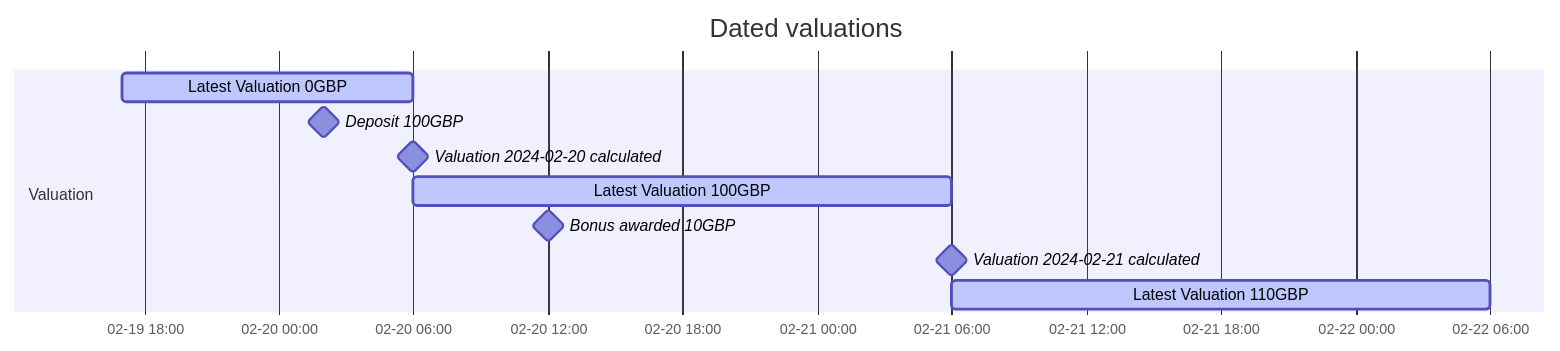
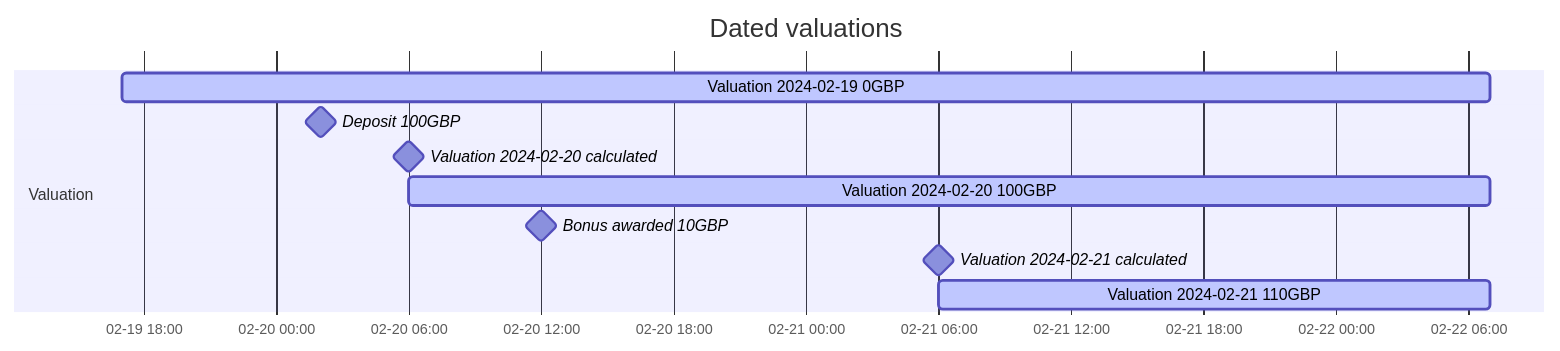
Before and after one commit to wealthkernel/api-documentation-guides: the first of 2 diagrams in docs/balances/FAQs.md, drawn with Mermaid. The commit also changed other lines of this file, not shown here.

Commit message:
valuations diagram and text updates

````diff
--- a/docs/balances/FAQs.md
+++ b/docs/balances/FAQs.md
@@ -17,16 +17,16 @@
 ```mermaid
 gantt
 dateFormat YYYY-MM-DD HH:mm
 axisFormat %m-%d %H:%M
 title Dated valuations
 todayMarker off
 
     section Valuation
-    Latest Valuation 0GBP :active, val1, 2024-02-19 17:00, 13h
+    Valuation 2024-02-19 0GBP :active, val1, 2024-02-19 17:00, 62h
     Deposit 100GBP :milestone, deposit, 2024-02-20 02:00, 0h
     Valuation 2024-02-20 calculated :milestone, calc1, 2024-02-20 06:00, 0h
-    Latest Valuation 100GBP :active, val1, 2024-02-20 06:00, 1d
+    Valuation 2024-02-20 100GBP :active, val1, 2024-02-20 06:00, 49h
     Bonus awarded 10GBP :milestone, bon, 2024-02-20 12:00, 0h
     Valuation 2024-02-21 calculated :milestone, calc2, 2024-02-21 06:00, 0h
-    Latest Valuation 110GBP :active, val2, 2024-02-21 06:00, 1d
+    Valuation 2024-02-21 110GBP :active, val2, 2024-02-21 06:00, 25h
 ```
````
